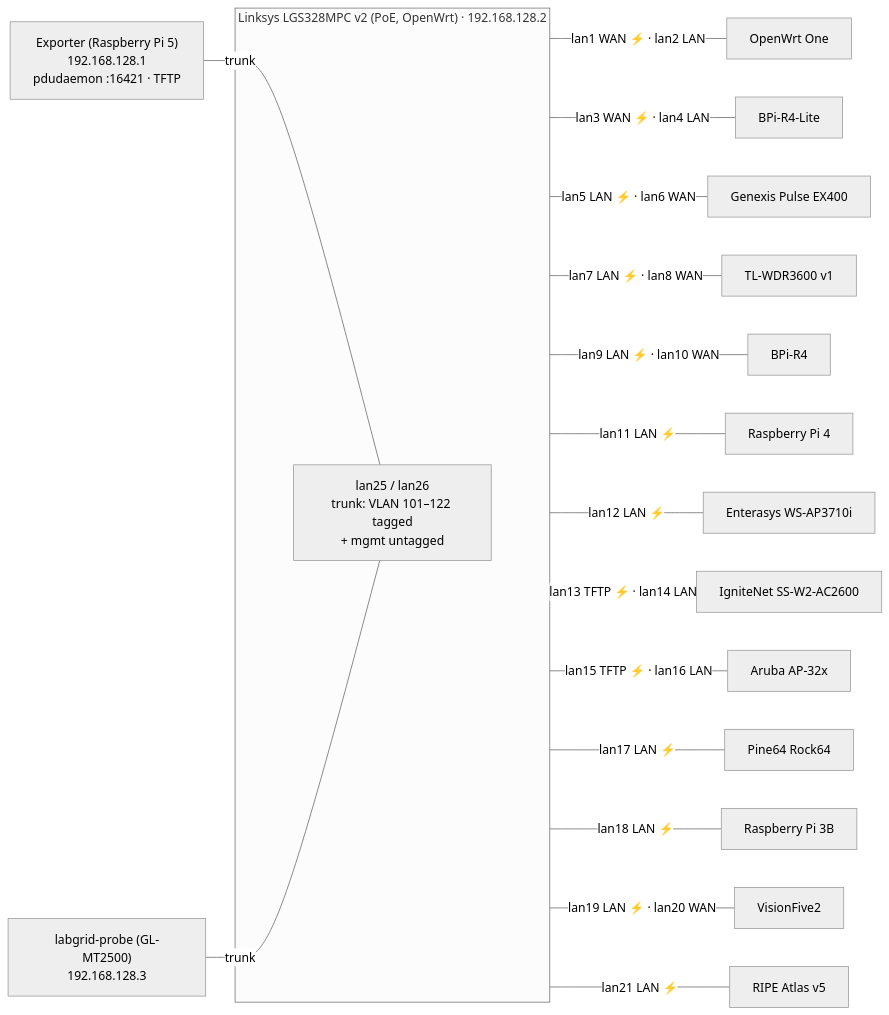
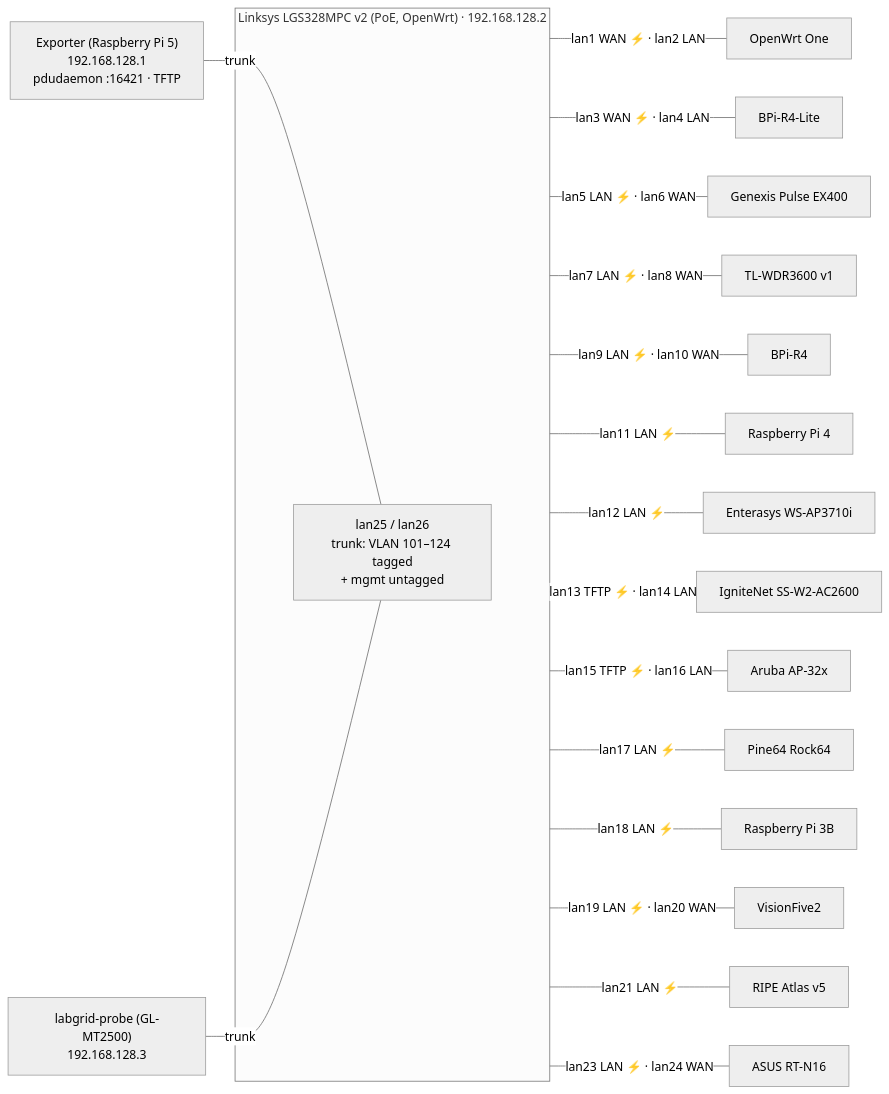
The first of 2 diagrams in docs/labs/aparcar.md (aparcar/openwrt-tests), drawn with Mermaid (neutral theme) before and after one commit. The commit also changed other lines of this file and 2 other files, not shown here.

First line of the commit message:
labgrid-aparcar: add asus_rt-n16

````diff
--- a/docs/labs/aparcar.md
+++ b/docs/labs/aparcar.md
@@ -71,26 +71,27 @@
 ```mermaid
 flowchart LR
   EXP["Exporter (Raspberry Pi 5)<br/>192.168.128.1<br/>pdudaemon :16421 · TFTP"]
   PROBE["labgrid-probe (GL-MT2500)<br/>192.168.128.3"]
 
   subgraph SW["Linksys LGS328MPC v2 (PoE, OpenWrt) · 192.168.128.2"]
-    T["lan25 / lan26<br/>trunk: VLAN 101–122 tagged<br/>+ mgmt untagged"]
+    T["lan25 / lan26<br/>trunk: VLAN 101–124 tagged<br/>+ mgmt untagged"]
   end
 
   EXP ---|trunk| T
   PROBE ---|trunk| T
 
   SW ---|"lan1 WAN ⚡ · lan2 LAN"| d1["OpenWrt One"]
   SW ---|"lan3 WAN ⚡ · lan4 LAN"| d2["BPi-R4-Lite"]
   SW ---|"lan5 LAN ⚡ · lan6 WAN"| d3["Genexis Pulse EX400"]
   SW ---|"lan7 LAN ⚡ · lan8 WAN"| d4["TL-WDR3600 v1"]
   SW ---|"lan9 LAN ⚡ · lan10 WAN"| d5["BPi-R4"]
   SW ---|"lan11 LAN ⚡"| d6["Raspberry Pi 4"]
   SW ---|"lan12 LAN ⚡"| d7["Enterasys WS-AP3710i"]
   SW ---|"lan13 TFTP ⚡ · lan14 LAN"| d8["IgniteNet SS-W2-AC2600"]
   SW ---|"lan15 TFTP ⚡ · lan16 LAN"| d9["Aruba AP-32x"]
   SW ---|"lan17 LAN ⚡"| d10["Pine64 Rock64"]
   SW ---|"lan18 LAN ⚡"| d11["Raspberry Pi 3B"]
   SW ---|"lan19 LAN ⚡ · lan20 WAN"| d12["VisionFive2"]
   SW ---|"lan21 LAN ⚡"| d13["RIPE Atlas v5"]
+  SW ---|"lan23 LAN ⚡ · lan24 WAN"| d14["ASUS RT-N16"]
 ```
````
